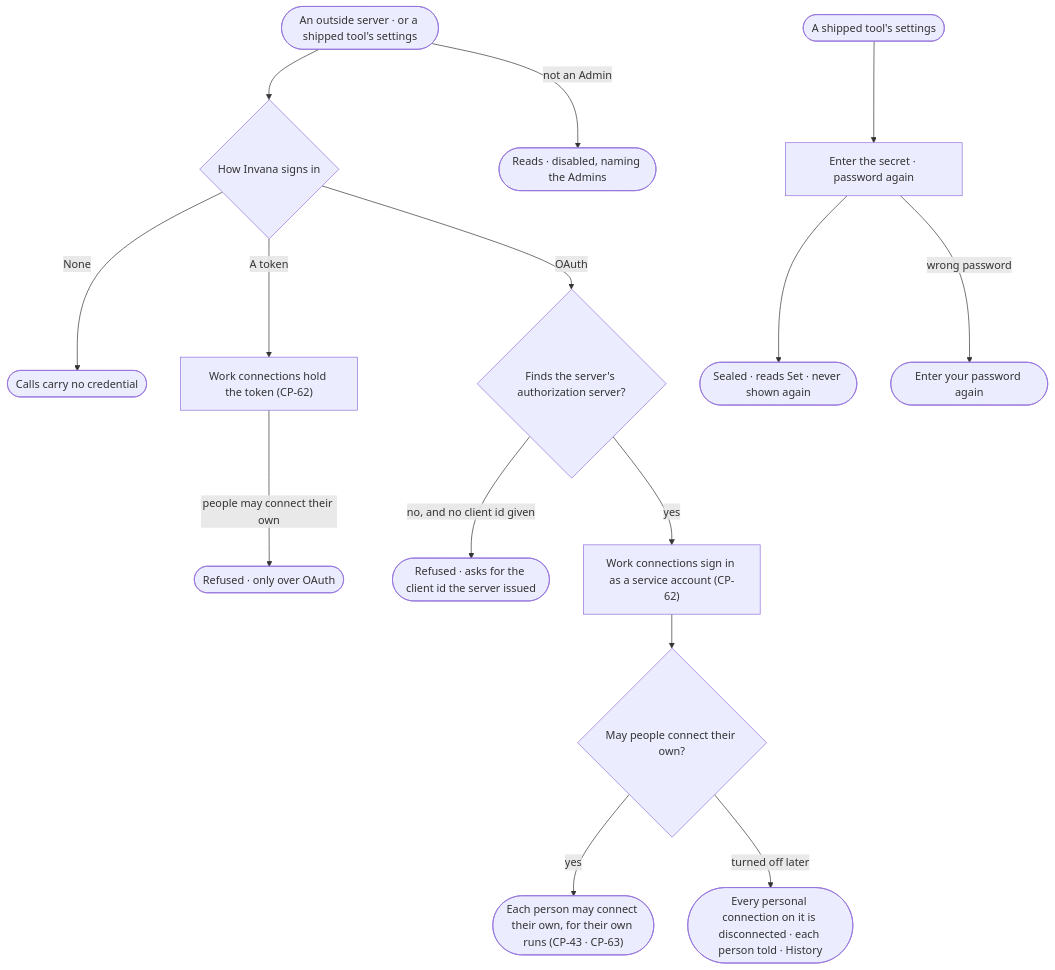
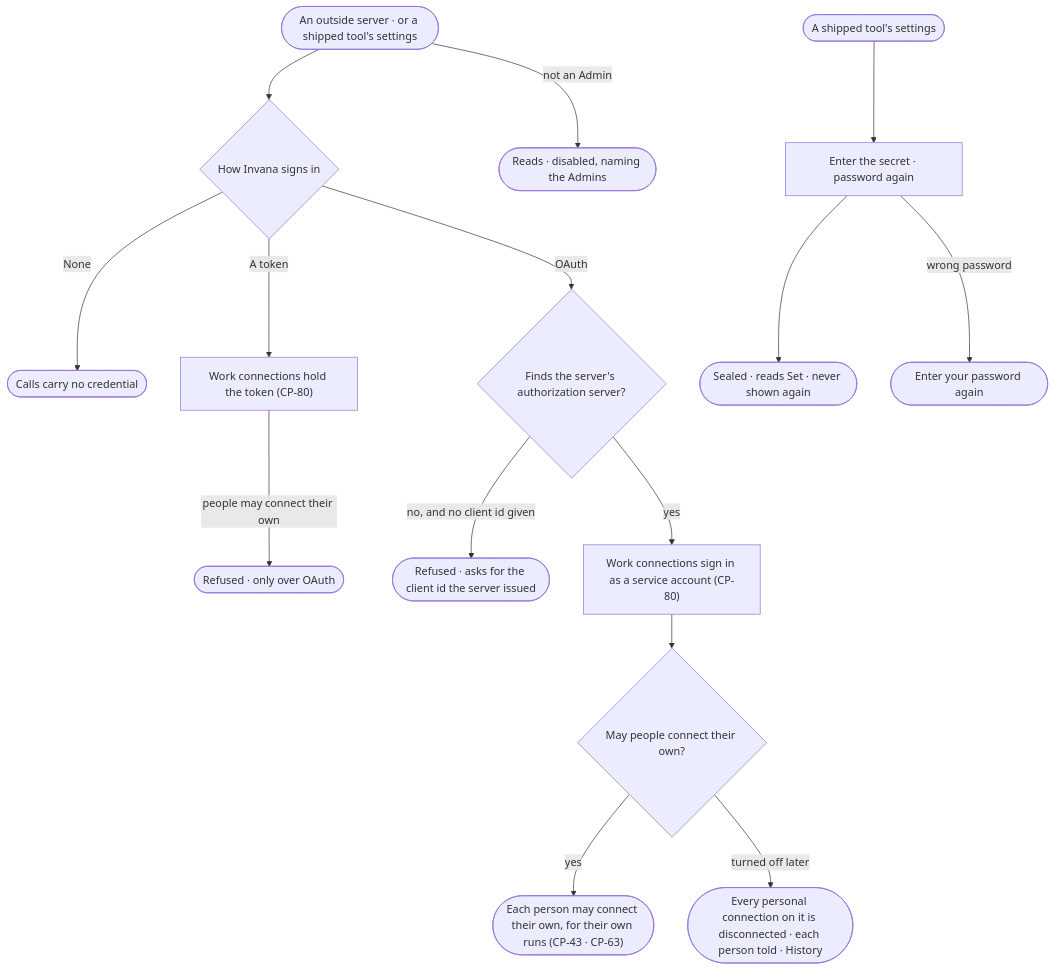
The diagram in specs/os/control/features/CP-F02-plugins-and-outside-tools/stories/CP-42-choose-how-invana-signs-in-to-an-outside-server/story.md (invana/invana), drawn with Mermaid before and after one commit. The commit also changed other lines of this file and 156 other files, not shown here.

Commit message:
wip(platform-design-3): P02 · steps 1-4 — section 4, E2E sweep, merges, flow boards, journeys

````diff
--- a/specs/os/control/features/CP-F02-plugins-and-outside-tools/stories/CP-42-choose-how-invana-signs-in-to-an-outside-server/story.md
+++ b/specs/os/control/features/CP-F02-plugins-and-outside-tools/stories/CP-42-choose-how-invana-signs-in-to-an-outside-server/story.md
@@ -30,16 +30,16 @@
 ```mermaid
 flowchart TD
   s([An outside server · or a shipped tool's settings]) --> k{"How Invana signs in"}
   k -->|None| none(["Calls carry no credential"])
-  k -->|A token| tk["Work connections hold the token (CP-62)"]
+  k -->|A token| tk["Work connections hold the token (CP-80)"]
   k -->|OAuth| oa{"Finds the server's authorization server?"}
   oa -->|no, and no client id given| of(["Refused · asks for the client id the server issued"])
-  oa -->|yes| ok["Work connections sign in as a service account (CP-62)"]
+  oa -->|yes| ok["Work connections sign in as a service account (CP-80)"]
   ok --> pp{"May people connect their own?"}
   pp -->|yes| per(["Each person may connect their own, for their own runs (CP-43 · CP-63)"])
   pp -->|turned off later| dis(["Every personal connection on it is disconnected · each person told · History"])
   tk -->|people may connect their own| ref(["Refused · only over OAuth"])
   t([A shipped tool's settings]) --> sec["Enter the secret · password again"] --> sealed(["Sealed · reads Set · never shown again"])
   s -->|not an Admin| ro(["Reads · disabled, naming the Admins"])
   sec -->|wrong password| wp(["Enter your password again"])
 ```
````
